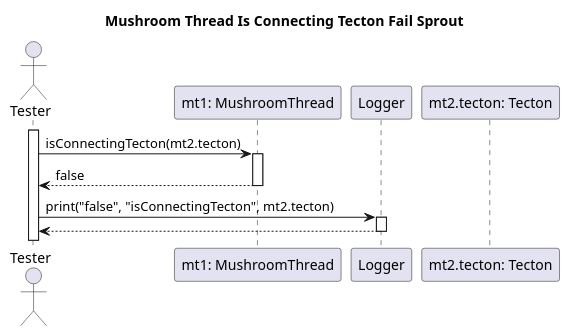
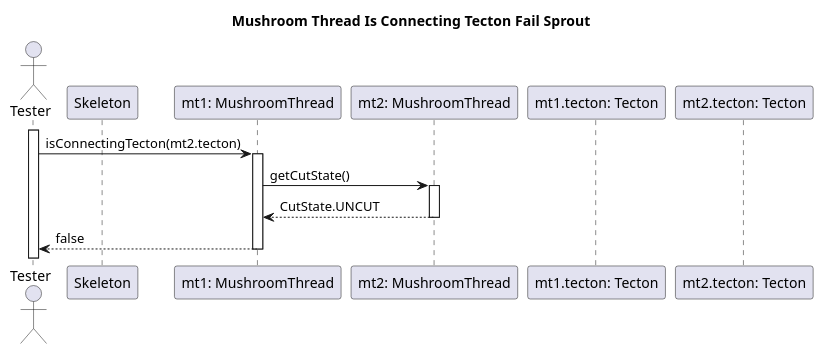
One commit to dzsem/projlab changed the diagram in diagrams/test-sequence/mushroom/connectingTectonFailSprout.wsd. Above: the diagram before and after it, drawn with PlantUML. The commit also changed 1 other file, not shown here.

Commit message:
Fixed connectingTectonFailCut #2

```diff
--- a/diagrams/test-sequence/mushroom/connectingTectonFailSprout.wsd
+++ b/diagrams/test-sequence/mushroom/connectingTectonFailSprout.wsd
@@ -1,22 +1,28 @@
 @startuml Mushroom Thread Is Traversible Fail Sprout
 
 title Mushroom Thread Is Connecting Tecton Fail Sprout
 
 actor "Tester" as tester
+participant "Skeleton" as skeleton
+
 
 participant "mt1: MushroomThread" as mt1
-participant "Logger" as logger
+participant "mt2: MushroomThread" as mt2
+
+participant "mt1.tecton: Tecton" as t1
 participant "mt2.tecton: Tecton" as t2
 
 activate tester
+
 tester -> mt1: isConnectingTecton(mt2.tecton)
 activate mt1
+
+mt1 -> mt2: getCutState()
+activate mt2
+mt2 --> mt1: CutState.UNCUT
+deactivate mt2
+
 mt1 --> tester: false
 deactivate mt1
 
-tester -> logger: print("false", "isConnectingTecton", mt2.tecton)
-activate logger
-logger --> tester
-deactivate logger
-
 @enduml
```
